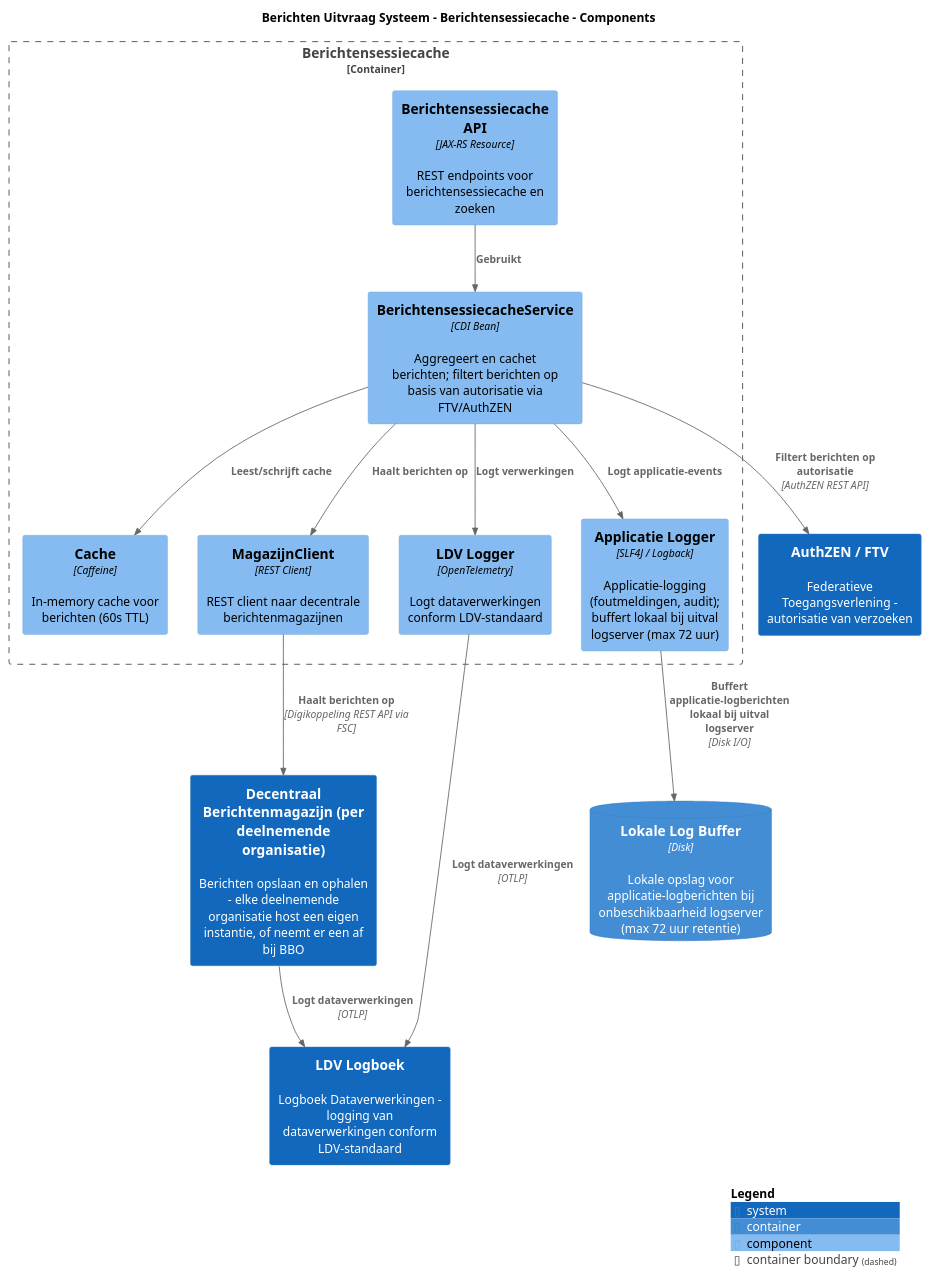
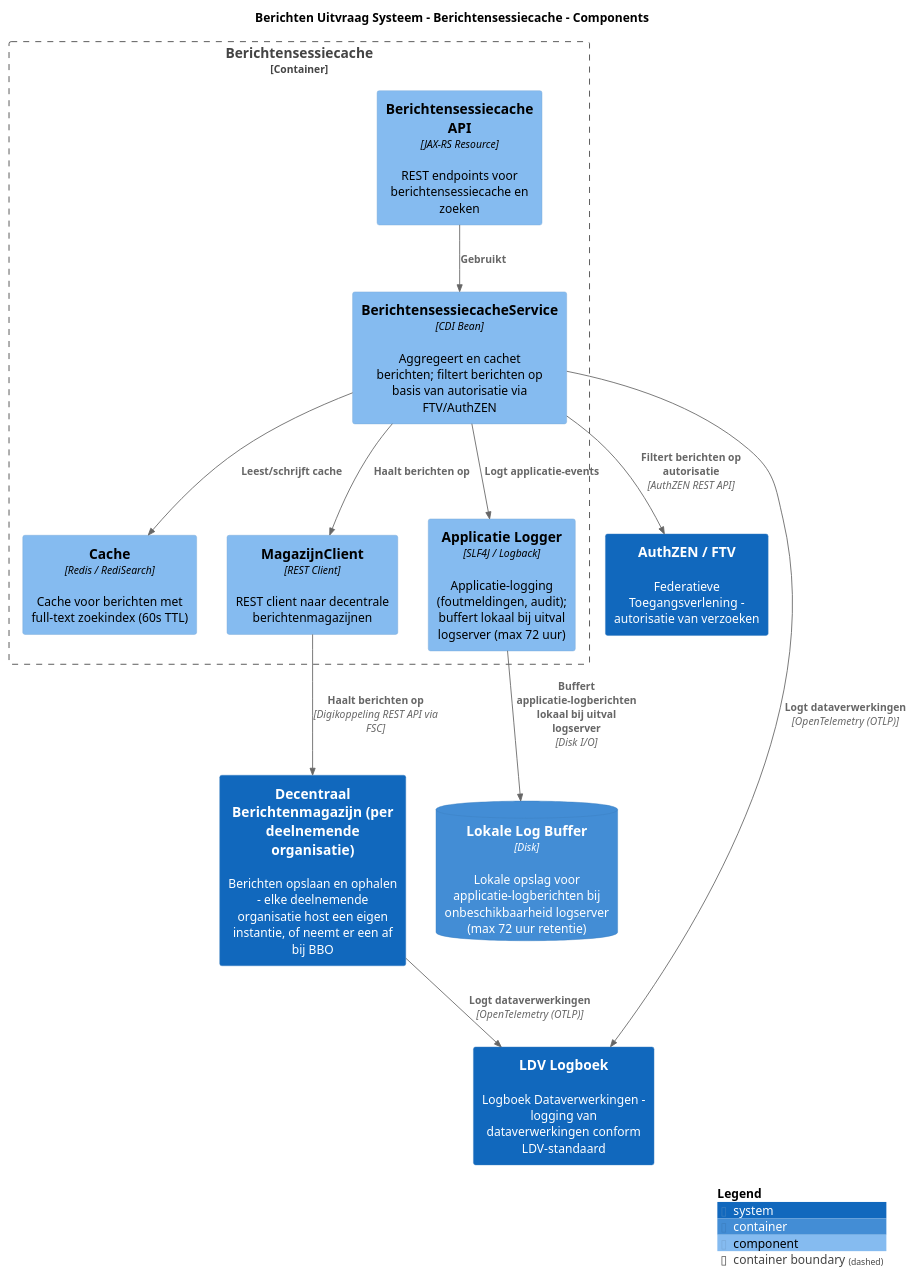
Before and after one commit to MinBZK/moza-poc-fbs-berichtenbox: the diagram in pr-preview/pr-16/master/puml/BerichtensessiecacheComponenten.puml, drawn with PlantUML. The commit also changed 64 other files, not shown here.

```diff
--- a/pr-preview/pr-16/master/puml/BerichtensessiecacheComponenten.puml
+++ b/pr-preview/pr-16/master/puml/BerichtensessiecacheComponenten.puml
@@ -1,38 +1,36 @@
 @startuml
 set separator none
 title Berichten Uitvraag Systeem - Berichtensessiecache - Components
 
 top to bottom direction
 
 !include <C4/C4>
 !include <C4/C4_Context>
 !include <C4/C4_Container>
 !include <C4/C4_Component>
 
 System(AuthZENFTV, "AuthZEN / FTV", $descr="Federatieve Toegangsverlening - autorisatie van verzoeken", $tags="", $link="")
 System(DecentraalBerichtenmagazijnperdeelnemendeorganisatie, "Decentraal Berichtenmagazijn (per deelnemende organisatie)", $descr="Berichten opslaan en ophalen - elke deelnemende organisatie host een eigen instantie, of neemt er een af bij BBO", $tags="", $link="")
 ContainerDb(BerichtenUitvraagSysteem.LokaleLogBuffer, "Lokale Log Buffer", $techn="Disk", $descr="Lokale opslag voor applicatie-logberichten bij onbeschikbaarheid logserver (max 72 uur retentie)", $tags="", $link="")
 System(LDVLogboek, "LDV Logboek", $descr="Logboek Dataverwerkingen - logging van dataverwerkingen conform LDV-standaard", $tags="", $link="")
 
 Container_Boundary("BerichtenUitvraagSysteem.Berichtensessiecache_boundary", "Berichtensessiecache", $tags="") {
   Component(BerichtenUitvraagSysteem.Berichtensessiecache.BerichtensessiecacheAPI, "Berichtensessiecache API", $techn="JAX-RS Resource", $descr="REST endpoints voor berichtensessiecache en zoeken", $tags="", $link="")
   Component(BerichtenUitvraagSysteem.Berichtensessiecache.BerichtensessiecacheService, "BerichtensessiecacheService", $techn="CDI Bean", $descr="Aggregeert en cachet berichten; filtert berichten op basis van autorisatie via FTV/AuthZEN", $tags="", $link="")
-  Component(BerichtenUitvraagSysteem.Berichtensessiecache.Cache, "Cache", $techn="Caffeine", $descr="In-memory cache voor berichten (60s TTL)", $tags="", $link="")
+  Component(BerichtenUitvraagSysteem.Berichtensessiecache.Cache, "Cache", $techn="Redis / RediSearch", $descr="Cache voor berichten met full-text zoekindex (60s TTL)", $tags="", $link="")
   Component(BerichtenUitvraagSysteem.Berichtensessiecache.MagazijnClient, "MagazijnClient", $techn="REST Client", $descr="REST client naar decentrale berichtenmagazijnen", $tags="", $link="")
-  Component(BerichtenUitvraagSysteem.Berichtensessiecache.LDVLogger, "LDV Logger", $techn="OpenTelemetry", $descr="Logt dataverwerkingen conform LDV-standaard", $tags="", $link="")
   Component(BerichtenUitvraagSysteem.Berichtensessiecache.ApplicatieLogger, "Applicatie Logger", $techn="SLF4J / Logback", $descr="Applicatie-logging (foutmeldingen, audit); buffert lokaal bij uitval logserver (max 72 uur)", $tags="", $link="")
 }
 
-Rel(BerichtenUitvraagSysteem.Berichtensessiecache.BerichtensessiecacheService, AuthZENFTV, "Filtert berichten op autorisatie", $techn="AuthZEN REST API", $tags="", $link="")
-Rel(BerichtenUitvraagSysteem.Berichtensessiecache.MagazijnClient, DecentraalBerichtenmagazijnperdeelnemendeorganisatie, "Haalt berichten op", $techn="Digikoppeling REST API via FSC", $tags="", $link="")
-Rel(DecentraalBerichtenmagazijnperdeelnemendeorganisatie, LDVLogboek, "Logt dataverwerkingen", $techn="OTLP", $tags="", $link="")
-Rel(BerichtenUitvraagSysteem.Berichtensessiecache.LDVLogger, LDVLogboek, "Logt dataverwerkingen", $techn="OTLP", $tags="", $link="")
+Rel(BerichtenUitvraagSysteem.Berichtensessiecache.BerichtensessiecacheService, LDVLogboek, "Logt dataverwerkingen", $techn="OpenTelemetry (OTLP)", $tags="", $link="")
 Rel(BerichtenUitvraagSysteem.Berichtensessiecache.BerichtensessiecacheAPI, BerichtenUitvraagSysteem.Berichtensessiecache.BerichtensessiecacheService, "Gebruikt", $techn="", $tags="", $link="")
 Rel(BerichtenUitvraagSysteem.Berichtensessiecache.BerichtensessiecacheService, BerichtenUitvraagSysteem.Berichtensessiecache.Cache, "Leest/schrijft cache", $techn="", $tags="", $link="")
 Rel(BerichtenUitvraagSysteem.Berichtensessiecache.BerichtensessiecacheService, BerichtenUitvraagSysteem.Berichtensessiecache.MagazijnClient, "Haalt berichten op", $techn="", $tags="", $link="")
-Rel(BerichtenUitvraagSysteem.Berichtensessiecache.BerichtensessiecacheService, BerichtenUitvraagSysteem.Berichtensessiecache.LDVLogger, "Logt verwerkingen", $techn="", $tags="", $link="")
 Rel(BerichtenUitvraagSysteem.Berichtensessiecache.BerichtensessiecacheService, BerichtenUitvraagSysteem.Berichtensessiecache.ApplicatieLogger, "Logt applicatie-events", $techn="", $tags="", $link="")
 Rel(BerichtenUitvraagSysteem.Berichtensessiecache.ApplicatieLogger, BerichtenUitvraagSysteem.LokaleLogBuffer, "Buffert applicatie-logberichten lokaal bij uitval logserver", $techn="Disk I/O", $tags="", $link="")
+Rel(BerichtenUitvraagSysteem.Berichtensessiecache.BerichtensessiecacheService, AuthZENFTV, "Filtert berichten op autorisatie", $techn="AuthZEN REST API", $tags="", $link="")
+Rel(BerichtenUitvraagSysteem.Berichtensessiecache.MagazijnClient, DecentraalBerichtenmagazijnperdeelnemendeorganisatie, "Haalt berichten op", $techn="Digikoppeling REST API via FSC", $tags="", $link="")
+Rel(DecentraalBerichtenmagazijnperdeelnemendeorganisatie, LDVLogboek, "Logt dataverwerkingen", $techn="OpenTelemetry (OTLP)", $tags="", $link="")
 
 SHOW_LEGEND(true)
 @enduml
```
